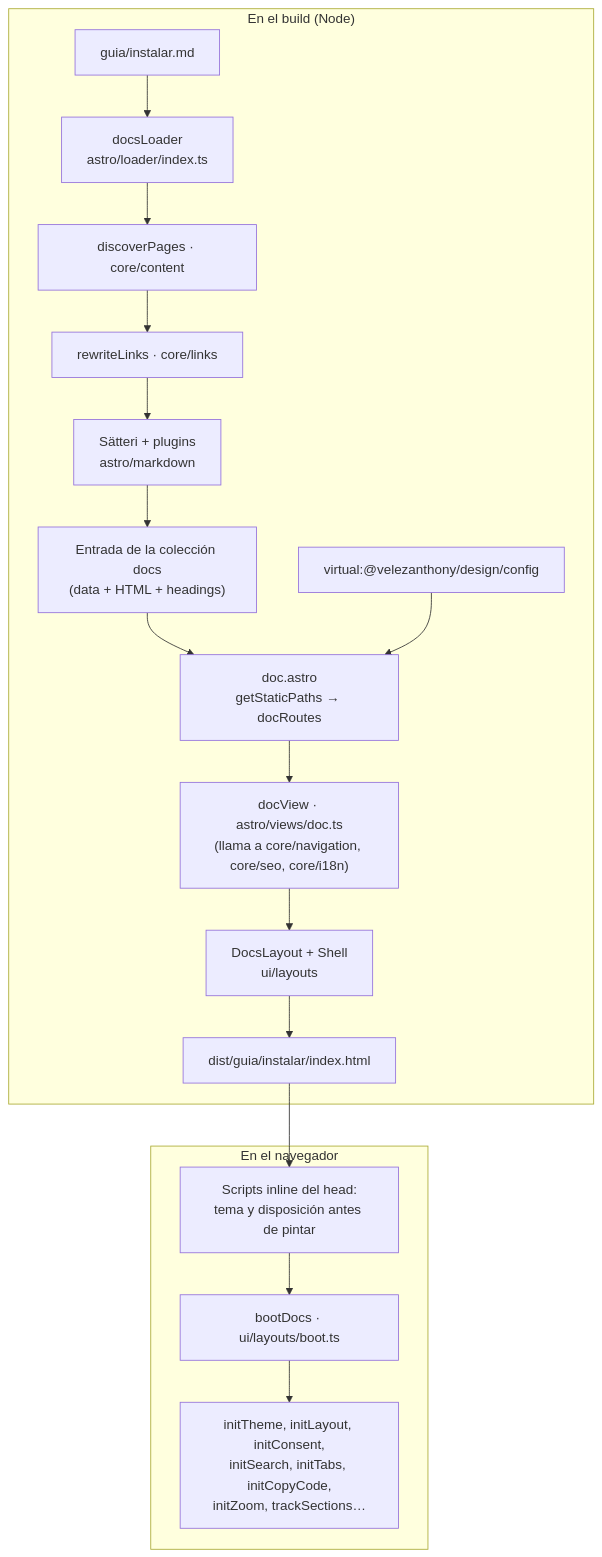
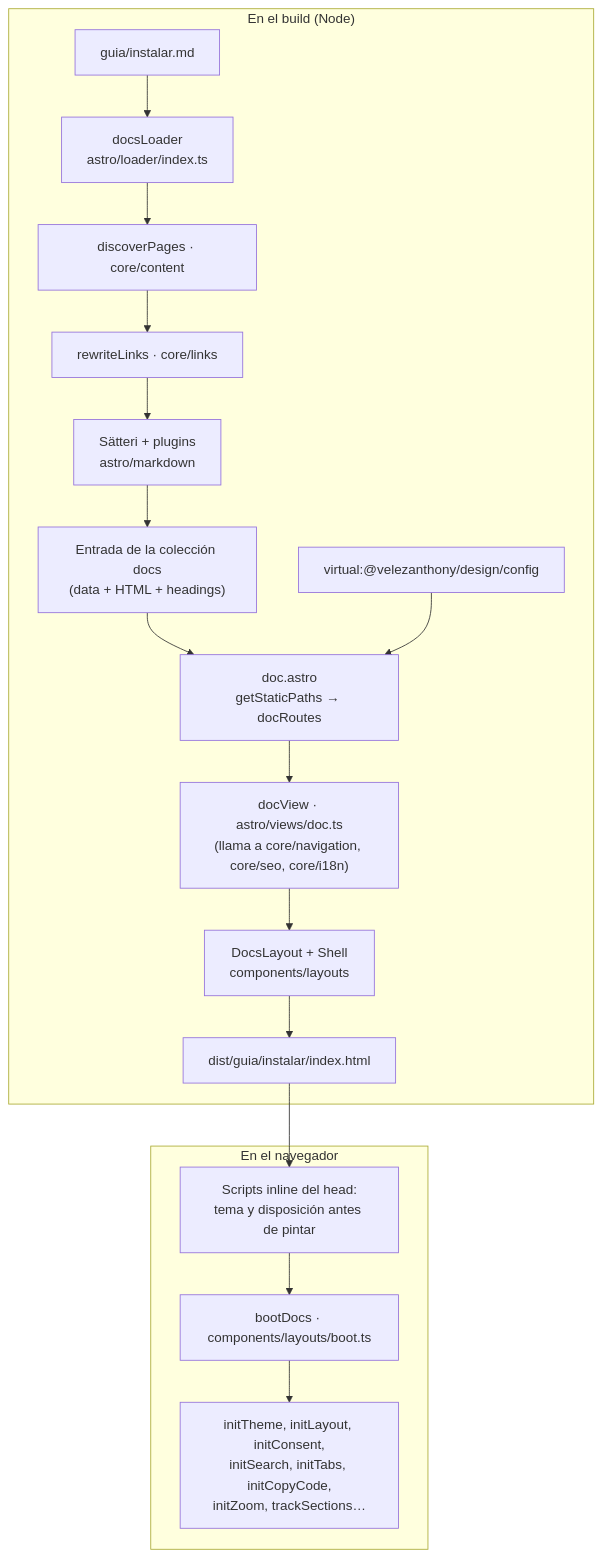
Before and after one commit to velezanthony/design: the first of 2 diagrams in docs/src/content/docs/arquitectura/una-pagina.md, drawn with Mermaid. The commit also changed other lines of this file and 201 other files, not shown here.

````diff
--- a/docs/src/content/docs/arquitectura/una-pagina.md
+++ b/docs/src/content/docs/arquitectura/una-pagina.md
@@ -13,20 +13,20 @@
 ```mermaid
 flowchart TD
   subgraph build["En el build (Node)"]
     f["guia/instalar.md"] --> ld["docsLoader<br/>astro/loader/index.ts"]
     ld --> disc["discoverPages · core/content"]
     disc --> rw["rewriteLinks · core/links"]
     rw --> md["Sätteri + plugins<br/>astro/markdown"]
     md --> store["Entrada de la colección docs<br/>(data + HTML + headings)"]
     store --> doc["doc.astro<br/>getStaticPaths → docRoutes"]
     vm["virtual:@velezanthony/design/config"] --> doc
     doc --> view["docView · astro/views/doc.ts<br/>(llama a core/navigation, core/seo, core/i18n)"]
-    view --> lay["DocsLayout + Shell<br/>ui/layouts"]
+    view --> lay["DocsLayout + Shell<br/>components/layouts"]
     lay --> html["dist/guia/instalar/index.html"]
   end
   subgraph browser["En el navegador"]
     html --> pre["Scripts inline del head:<br/>tema y disposición antes de pintar"]
-    pre --> boot["bootDocs · ui/layouts/boot.ts"]
+    pre --> boot["bootDocs · components/layouts/boot.ts"]
     boot --> inits["initTheme, initLayout, initConsent,<br/>initSearch, initTabs, initCopyCode,<br/>initZoom, trackSections…"]
   end
 ```
````
